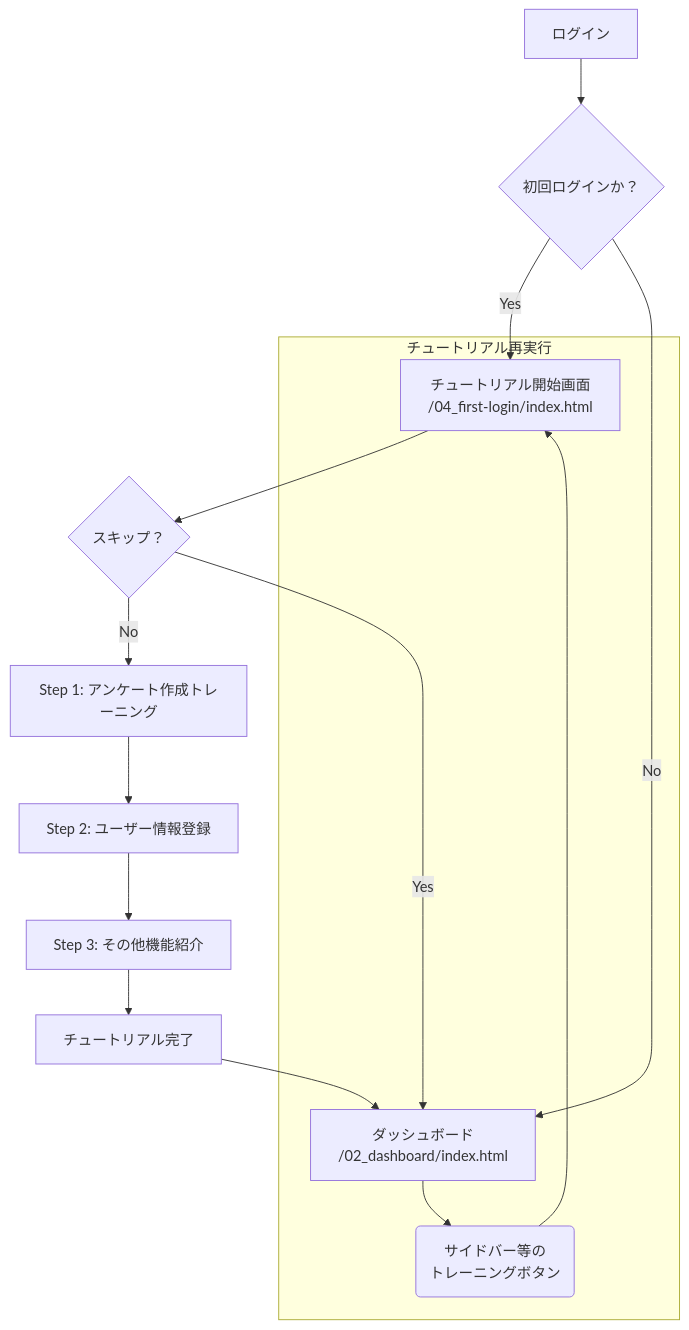
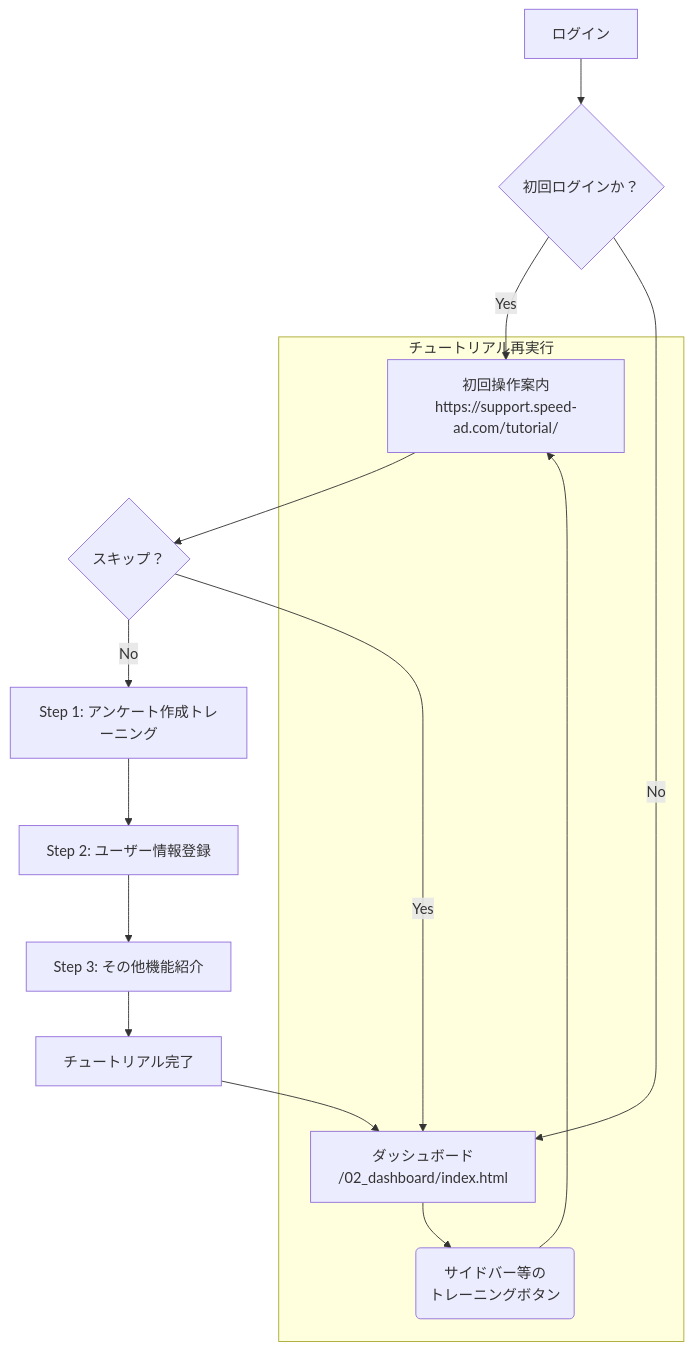
The diagram in docs/画面設計/仕様/00_first-login_tutorial_requirements.md (AbroadUmedaShota/SPPED-AD-TEST), drawn with Mermaid before and after one commit. The commit also changed other lines of this file and 3 other files, not shown here.

````diff
--- a/docs/画面設計/仕様/00_first-login_tutorial_requirements.md
+++ b/docs/画面設計/仕様/00_first-login_tutorial_requirements.md
@@ -85,18 +87,18 @@
 ```mermaid
 graph TD
     A[ログイン] --> B{初回ログインか？};
-    B -- Yes --> C[チュートリアル開始画面<br>/04_first-login/index.html];
+    B -- Yes --> C[初回操作案内<br>https://support.speed-ad.com/tutorial/];
     B -- No --> I[ダッシュボード<br>/02_dashboard/index.html];
     C --> D{スキップ？};
     D -- No --> E[Step 1: アンケート作成トレーニング];
     E --> F[Step 2: ユーザー情報登録];
     F --> G[Step 3: その他機能紹介];
     G --> H[チュートリアル完了];
     H --> I;
     D -- Yes --> I;
 
     subgraph "チュートリアル再実行"
         I --> J(サイドバー等の<br>トレーニングボタン);
         J --> C;
     end
 ```
````
